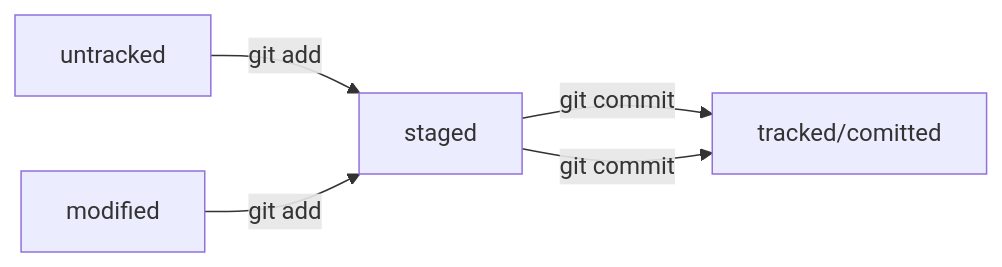
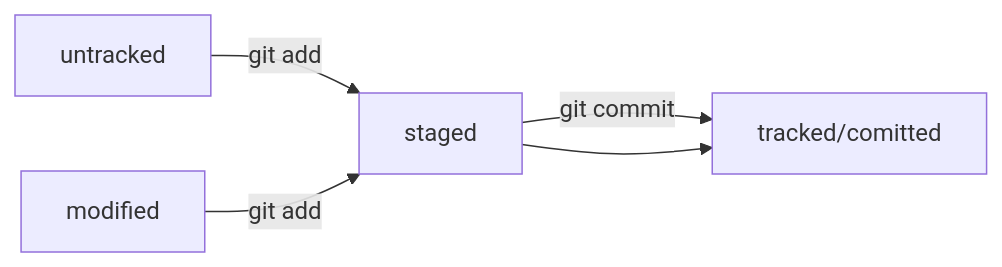
Before and after one commit to nojohnbond/practical-work-1: the diagram in README.md, drawn with Mermaid.

Commit message:
Тестируем mermaid схему-2

````diff
--- a/README.md
+++ b/README.md
@@ -249,9 +249,9 @@
 ```mermaid
 graph LR;
   untracked -- "git add" --> staged;
   staged    -- "git commit"     --> tracked/comitted;
 
 %% вариант изменения отслеживаемого файла: 
   modified -- "git add" --> staged;
-  staged    -- "git commit"     --> tracked/comitted;
+  staged --> tracked/comitted;
 ```
````
